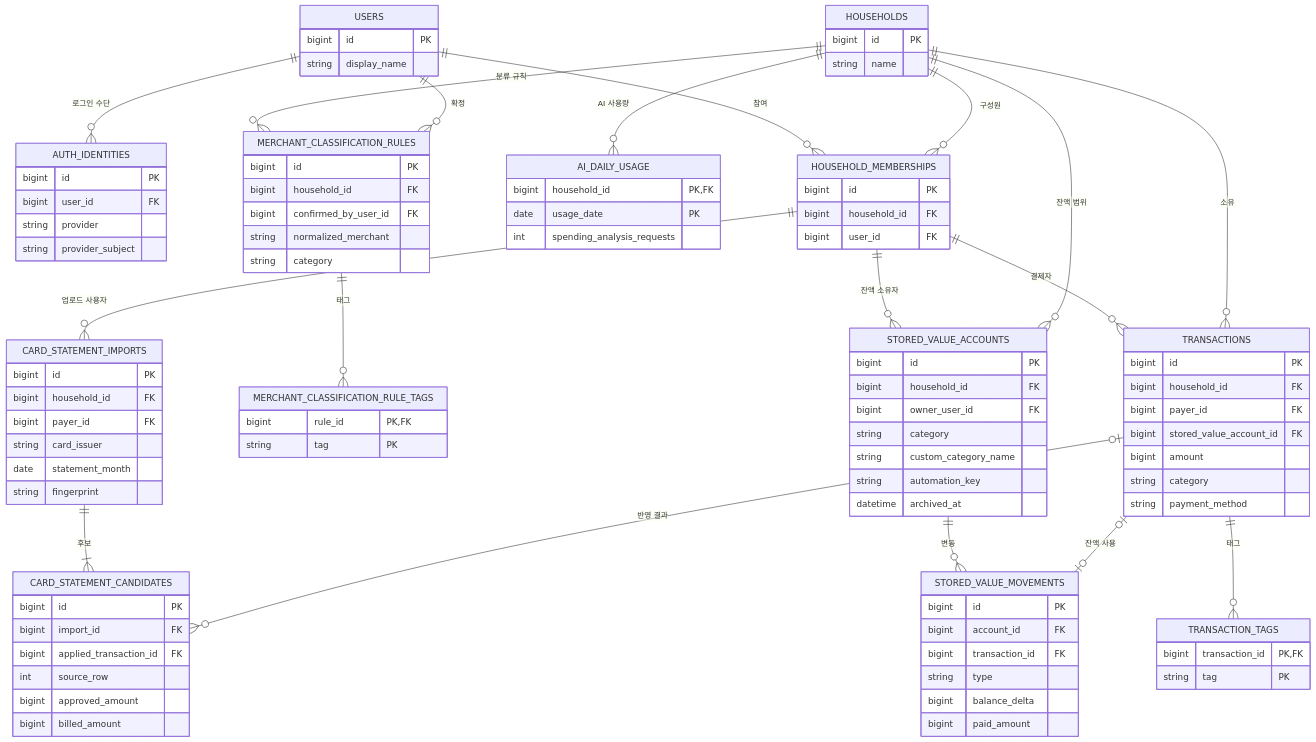
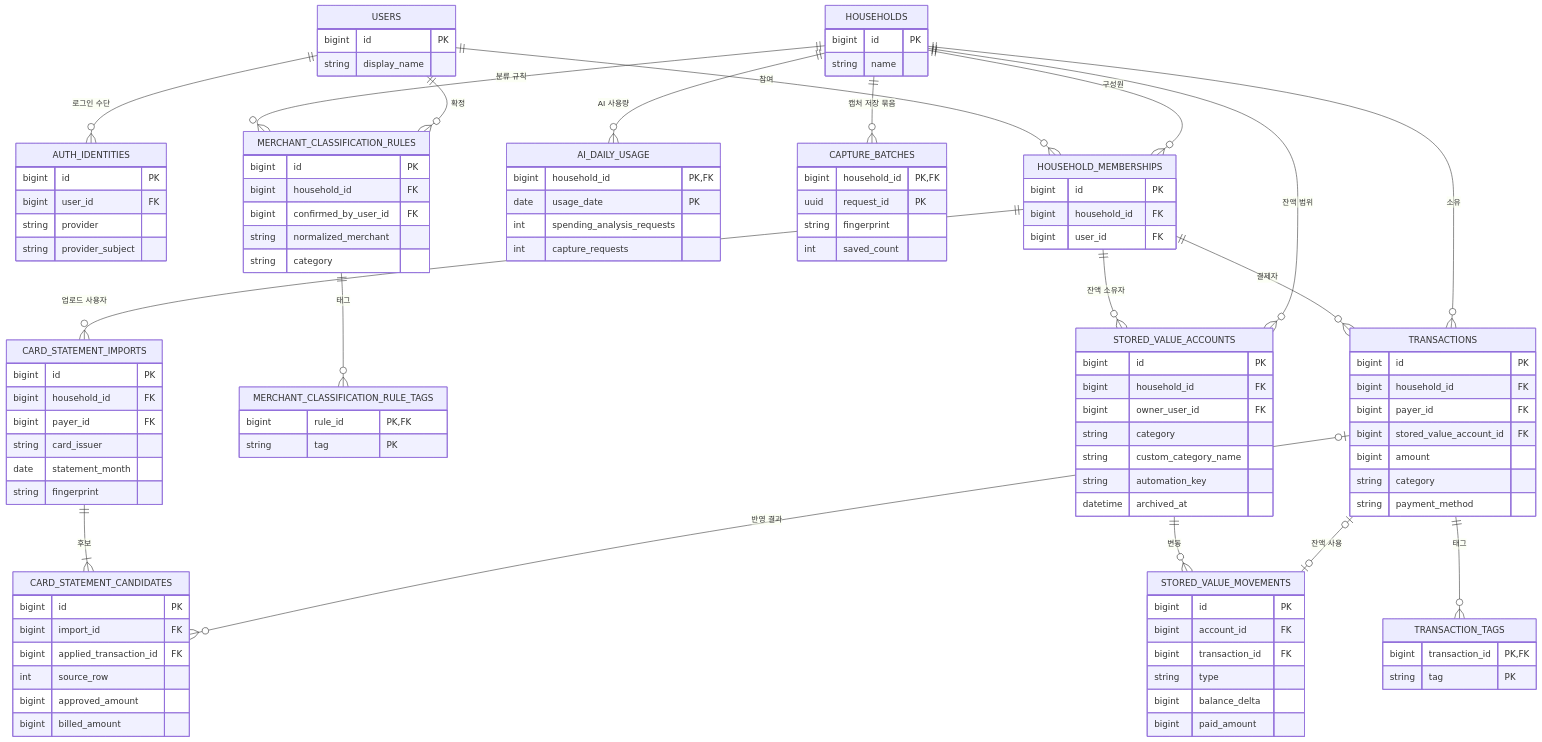
The diagram in docs/api/DATA_MODEL.md (takeown/woorijip), drawn with Mermaid before and after one commit. The commit also changed other lines of this file and 23 other files, not shown here.

```diff
--- a/docs/api/DATA_MODEL.md
+++ b/docs/api/DATA_MODEL.md
@@ -29,6 +29,7 @@
     HOUSEHOLD_MEMBERSHIPS ||--o{ TRANSACTIONS : "결제자"
     HOUSEHOLDS ||--o{ TRANSACTIONS : "소유"
     HOUSEHOLDS ||--o{ AI_DAILY_USAGE : "AI 사용량"
+    HOUSEHOLDS ||--o{ CAPTURE_BATCHES : "캡처 저장 묶음"
     TRANSACTIONS ||--o{ TRANSACTION_TAGS : "태그"
 
     HOUSEHOLDS ||--o{ MERCHANT_CLASSIFICATION_RULES : "분류 규칙"
@@ -62,6 +63,13 @@
         bigint household_id PK,FK
         date usage_date PK
         int spending_analysis_requests
+        int capture_requests
+    }
+    CAPTURE_BATCHES {
+        bigint household_id PK,FK
+        uuid request_id PK
+        string fingerprint
+        int saved_count
     }
     HOUSEHOLD_MEMBERSHIPS {
         bigint id PK
```
